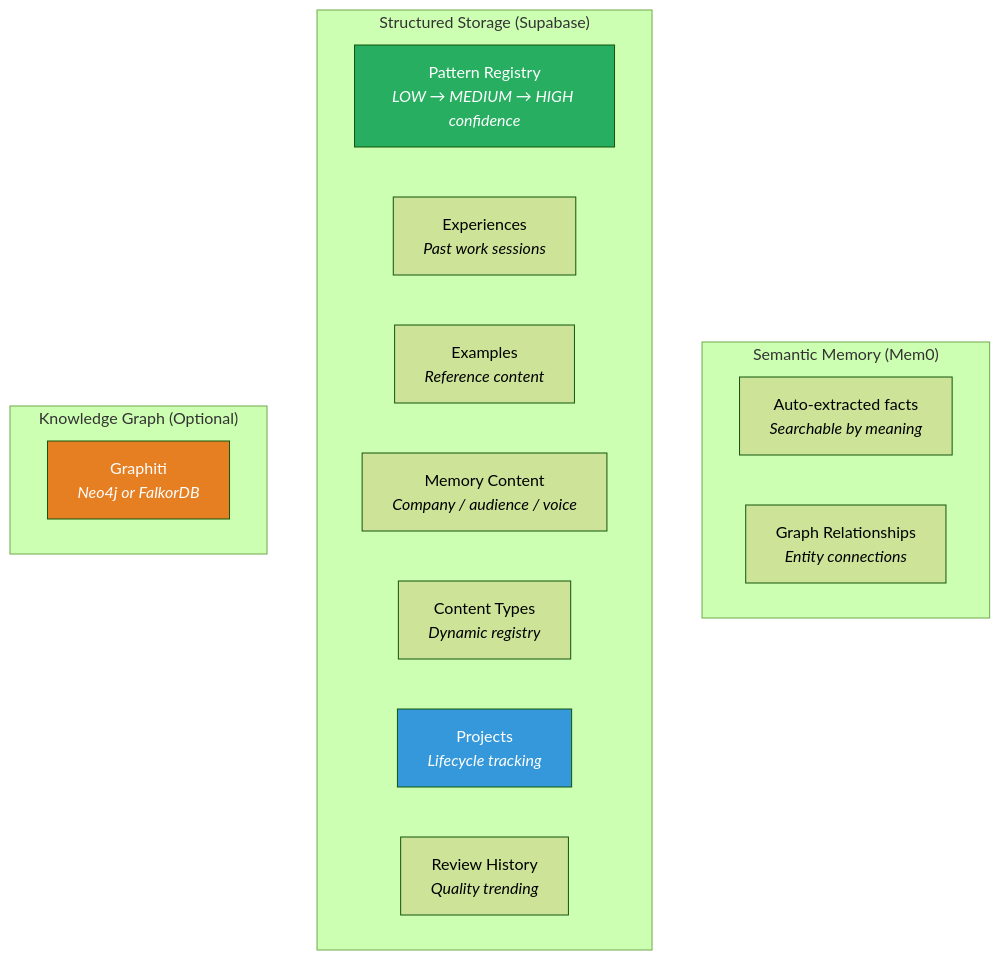
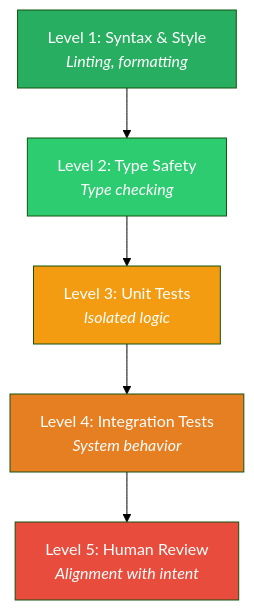
The eighth of 9 diagrams in README.md (ryanjosebrosas/second-brain-ultimatum), drawn with Mermaid (forest theme) before and after one commit. The commit also changed other lines of this file and 213 other files, not shown here.

````diff
--- a/README.md
+++ b/README.md
@@ -336,25 +336,13 @@
 ```mermaid
 graph TD
-    subgraph "Semantic Memory (Mem0)"
-        SM["Auto-extracted facts<br/><i>Searchable by meaning</i>"]
-        GR["Graph Relationships<br/><i>Entity connections</i>"]
-    end
+    L1["Level 1: Syntax & Style<br/><i>Linting, formatting</i>"] --> L2["Level 2: Type Safety<br/><i>Type checking</i>"]
+    L2 --> L3["Level 3: Unit Tests<br/><i>Isolated logic</i>"]
+    L3 --> L4["Level 4: Integration Tests<br/><i>System behavior</i>"]
+    L4 --> L5["Level 5: Human Review<br/><i>Alignment with intent</i>"]
 
-    subgraph "Structured Storage (Supabase)"
-        PAT["Pattern Registry<br/><i>LOW → MEDIUM → HIGH confidence</i>"]
-        EXP["Experiences<br/><i>Past work sessions</i>"]
-        EX["Examples<br/><i>Reference content</i>"]
-        MC["Memory Content<br/><i>Company / audience / voice</i>"]
-        CT["Content Types<br/><i>Dynamic registry</i>"]
-        PJ["Projects<br/><i>Lifecycle tracking</i>"]
-        RH["Review History<br/><i>Quality trending</i>"]
-    end
-
-    subgraph "Knowledge Graph (Optional)"
-        GI["Graphiti<br/><i>Neo4j or FalkorDB</i>"]
-    end
-
-    style PAT fill:#27ae60,color:#fff
-    style PJ fill:#3498db,color:#fff
-    style GI fill:#e67e22,color:#fff
+    style L1 fill:#27ae60,color:#fff
+    style L2 fill:#2ecc71,color:#fff
+    style L3 fill:#f39c12,color:#fff
+    style L4 fill:#e67e22,color:#fff
+    style L5 fill:#e74c3c,color:#fff
 ```
````
